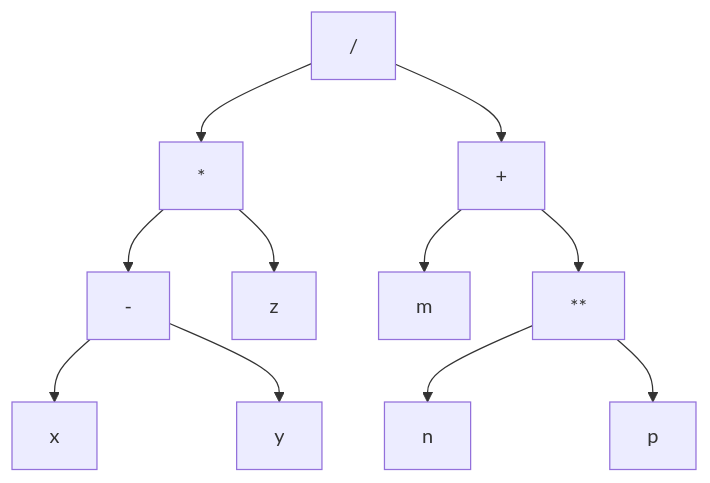
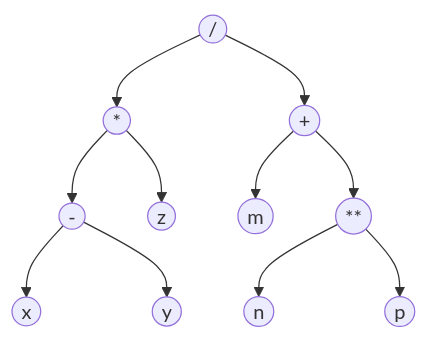
One commit to OscarMaciel3799/algoritmos-y-estructuras-2025 changed the diagram in 3° Parcial/02-Recursividad/03-Arboles/Ejercicio 5.3.3.md. Above: the diagram before and after it, drawn with Mermaid.

Commit message:
Ejercicio 5.3.3

````diff
--- a/3° Parcial/02-Recursividad/03-Arboles/Ejercicio 5.3.3.md
+++ b/3° Parcial/02-Recursividad/03-Arboles/Ejercicio 5.3.3.md
@@ -5,25 +5,25 @@
 ```mermaid
 graph TD
-    R["/"]
-    M["*"]
-    P["+"]
-    S["-"]
-    E["**"]
-    X["x"]
-    Y["y"]
-    Z["z"]
-    M2["m"]
-    N["n"]
-    P2["p"]
+    R(("/"))
+    M(("*"))
+    P(("+"))
+    S(("-"))
+    E(("**"))
+    X(("x"))
+    Y(("y"))
+    Z(("z"))
+    M2(("m"))
+    N(("n"))
+    P2(("p"))
     
     R --> M
     R --> P
     M --> S
     M --> Z
     S --> X
     S --> Y
     P --> M2
     P --> E
     E --> N
     E --> P2
 ```
````
